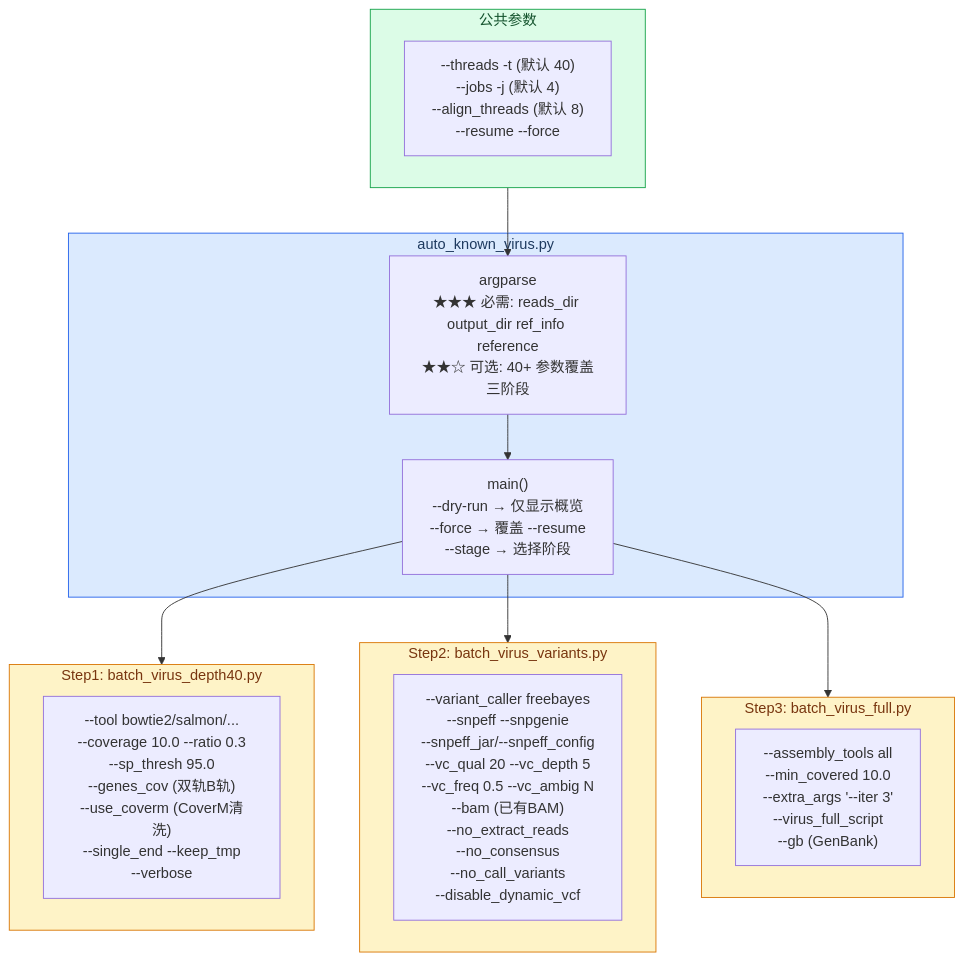
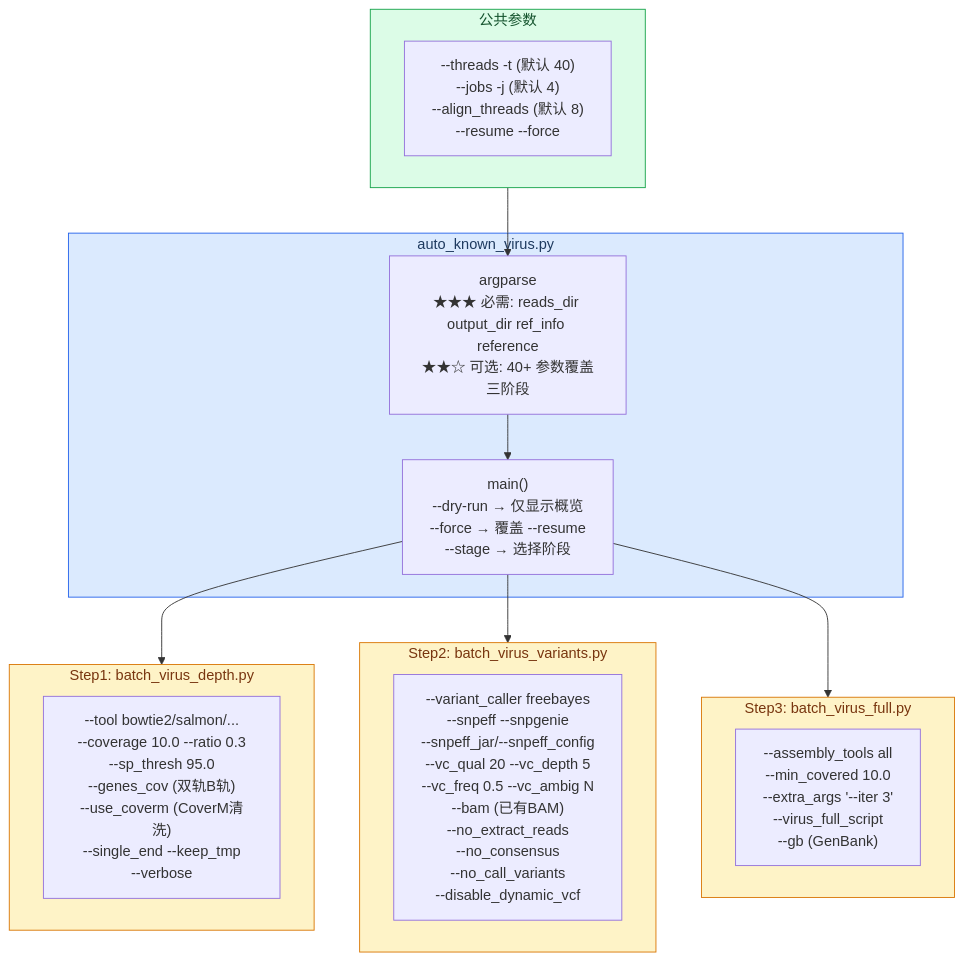
One commit to zhangwenda0518/MMPV-RNA changed diagram 12 of 14 in doc/14-pipeline-diagrams.md. Above: the diagram before and after it, drawn with Mermaid. The commit also changed other lines of this file and 348 other files, not shown here.

````diff
--- a/doc/14-pipeline-diagrams.md
+++ b/doc/14-pipeline-diagrams.md
@@ -488,43 +488,43 @@
 ```mermaid
 flowchart TB
     accTitle: auto_known_virus.py 参数传递
-    accDescr: 编排器收集三阶段专用参数并分发到 batch_virus_depth40 / batch_virus_variants / batch_virus_full
+    accDescr: 编排器收集三阶段专用参数并分发到 batch_virus_depth / batch_virus_variants / batch_virus_full
 
     subgraph AutoOrch["auto_known_virus.py"]
         AP["argparse<br/>★★★ 必需: reads_dir output_dir ref_info reference<br/>★★☆ 可选: 40+ 参数覆盖三阶段"]
         AM["main()<br/>--dry-run → 仅显示概览<br/>--force → 覆盖 --resume<br/>--stage → 选择阶段"]
     end
 
-    subgraph DetectParams["Step1: batch_virus_depth40.py"]
+    subgraph DetectParams["Step1: batch_virus_depth.py"]
         direction LR
         DP1["--tool bowtie2/salmon/...<br/>--coverage 10.0 --ratio 0.3<br/>--sp_thresh 95.0<br/>--genes_cov (双轨B轨)<br/>--use_coverm (CoverM清洗)<br/>--single_end --keep_tmp<br/>--verbose"]
     end
 
     subgraph VariantsParams["Step2: batch_virus_variants.py"]
         direction LR
         VP1["--variant_caller freebayes<br/>--snpeff --snpgenie<br/>--snpeff_jar/--snpeff_config<br/>--vc_qual 20 --vc_depth 5<br/>--vc_freq 0.5 --vc_ambig N<br/>--bam (已有BAM)<br/>--no_extract_reads<br/>--no_consensus<br/>--no_call_variants<br/>--disable_dynamic_vcf"]
     end
 
     subgraph FullParams["Step3: batch_virus_full.py"]
         direction LR
         FP1["--assembly_tools all<br/>--min_covered 10.0<br/>--extra_args '--iter 3'<br/>--virus_full_script<br/>--gb (GenBank)"]
     end
 
     subgraph Common["公共参数"]
         CP2["--threads -t (默认 40)<br/>--jobs -j (默认 4)<br/>--align_threads (默认 8)<br/>--resume --force"]
     end
 
     AP --> AM
     AM --> DetectParams
     AM --> VariantsParams
     AM --> FullParams
     Common --> AP
 
     classDef orch fill:#dbeafe,stroke:#2563eb,color:#1e3a5f
     classDef params fill:#fef3c7,stroke:#d97706,color:#78350f
     classDef common fill:#dcfce7,stroke:#16a34a,color:#14532d
 
     class AutoOrch orch
     class DetectParams,VariantsParams,FullParams params
     class Common common
 ```
````
